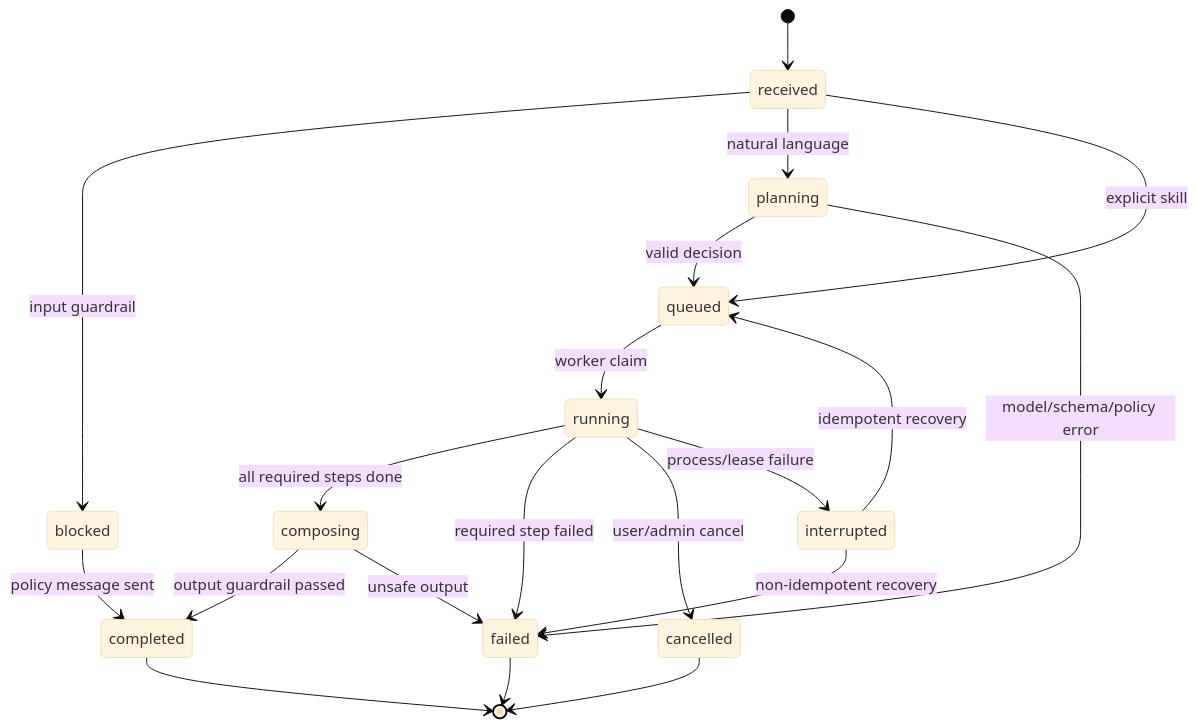
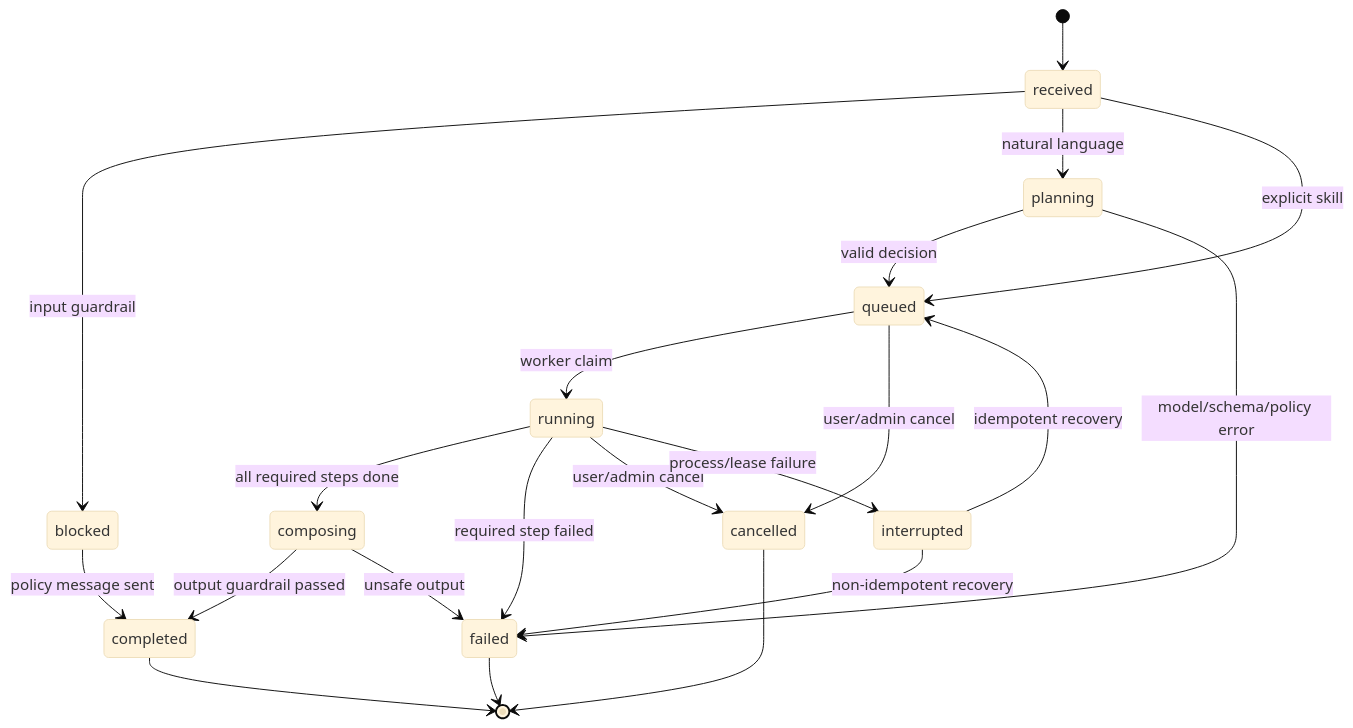
The third of 6 diagrams in docs/pangi-rebuild-implementation-design.md (team-PopPang/Pangi), drawn with Mermaid (base theme) before and after one commit. The commit also changed other lines of this file and 13 other files, not shown here.

Commit message:
[#25] Run Core 계약과 SQLite Schema를 고정한다 (#26)

````diff
--- a/docs/pangi-rebuild-implementation-design.md
+++ b/docs/pangi-rebuild-implementation-design.md
@@ -670,22 +670,23 @@
 ```mermaid
 stateDiagram-v2
     [*] --> received
     received --> blocked: input guardrail
     received --> planning: natural language
     received --> queued: explicit skill
     planning --> queued: valid decision
     planning --> failed: model/schema/policy error
     queued --> running: worker claim
+    queued --> cancelled: user/admin cancel
     running --> composing: all required steps done
     running --> failed: required step failed
     running --> cancelled: user/admin cancel
     running --> interrupted: process/lease failure
     interrupted --> queued: idempotent recovery
     interrupted --> failed: non-idempotent recovery
     composing --> completed: output guardrail passed
     composing --> failed: unsafe output
     blocked --> completed: policy message sent
     failed --> [*]
     cancelled --> [*]
     completed --> [*]
 ```
````
